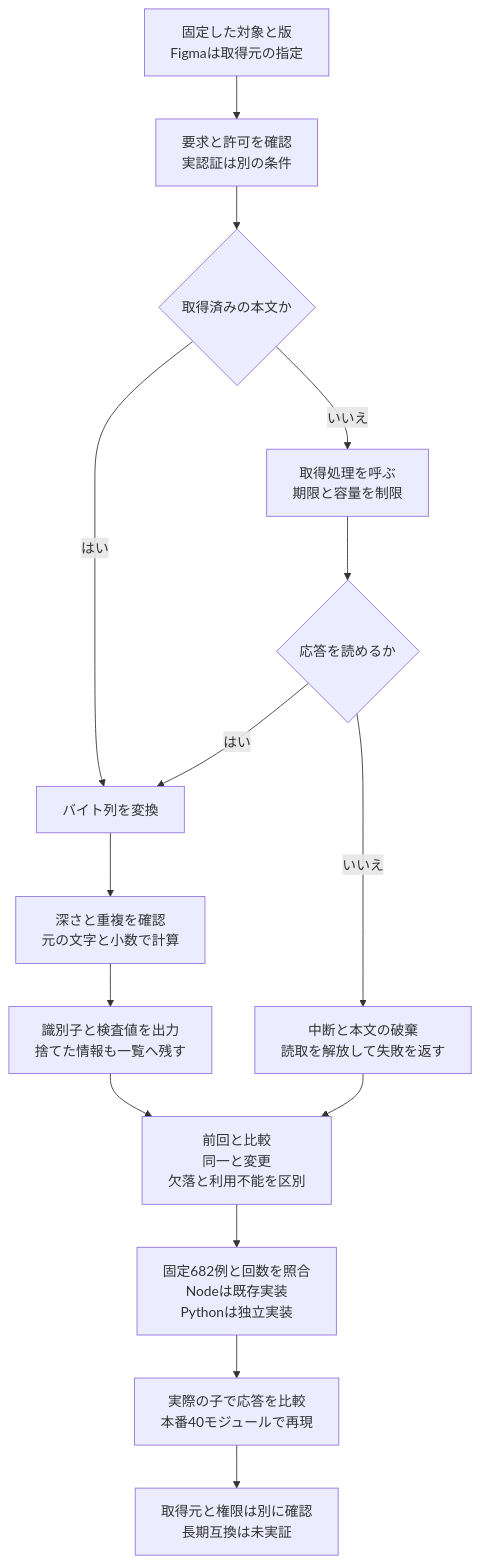
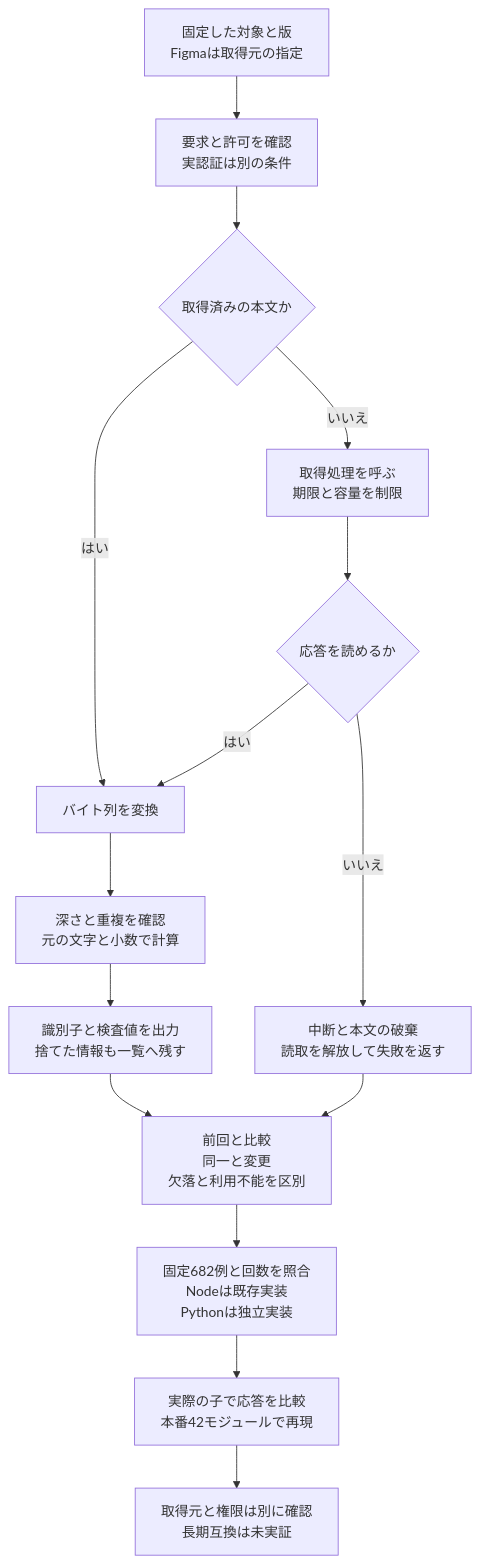
Before and after one commit to koukemo/morivyx: the diagram in docs/diagrams/python-figma-import.mmd, drawn with Mermaid. The commit also changed 28 other files, not shown here.

```diff
--- a/docs/diagrams/python-figma-import.mmd
+++ b/docs/diagrams/python-figma-import.mmd
@@ -1,15 +1,15 @@
 flowchart TD
   A[固定した対象と版<br/>Figmaは取得元の指定] --> B[要求と許可を確認<br/>実認証は別の条件]
   B --> C{取得済みの本文か}
   C -->|はい| D[バイト列を変換]
   C -->|いいえ| E[取得処理を呼ぶ<br/>期限と容量を制限]
   E --> F{応答を読めるか}
   F -->|いいえ| G[中断と本文の破棄<br/>読取を解放して失敗を返す]
   F -->|はい| D
   D --> H[深さと重複を確認<br/>元の文字と小数で計算]
   H --> I[識別子と検査値を出力<br/>捨てた情報も一覧へ残す]
   I --> J[前回と比較<br/>同一と変更<br/>欠落と利用不能を区別]
   G --> J
   J --> K[固定682例と回数を照合<br/>Nodeは既存実装<br/>Pythonは独立実装]
-  K --> L[実際の子で応答を比較<br/>本番40モジュールで再現]
+  K --> L[実際の子で応答を比較<br/>本番42モジュールで再現]
   L --> M[取得元と権限は別に確認<br/>長期互換は未実証]
```
